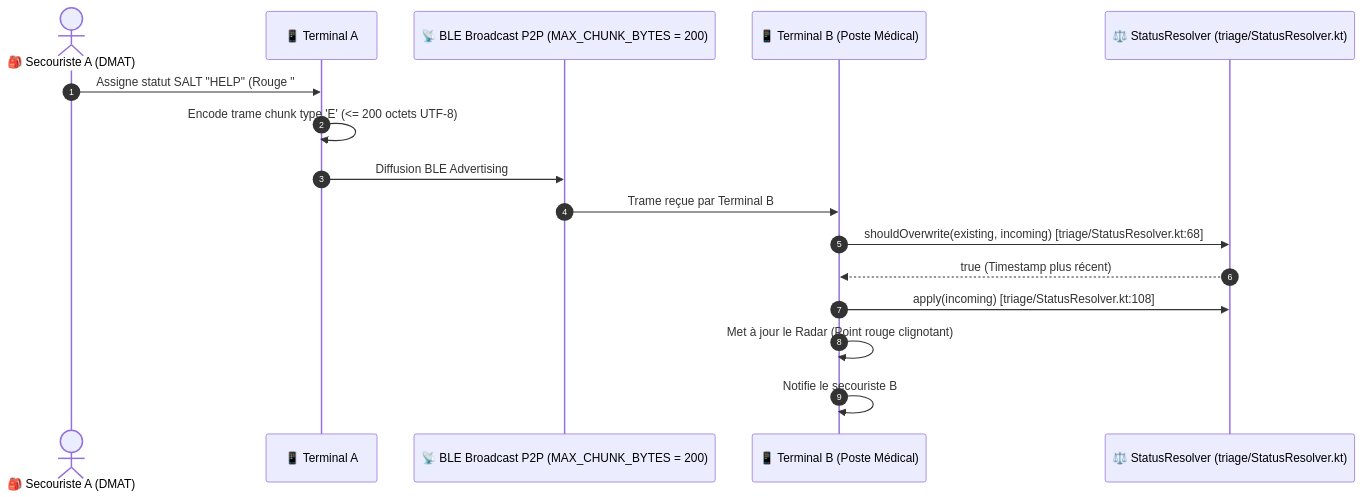
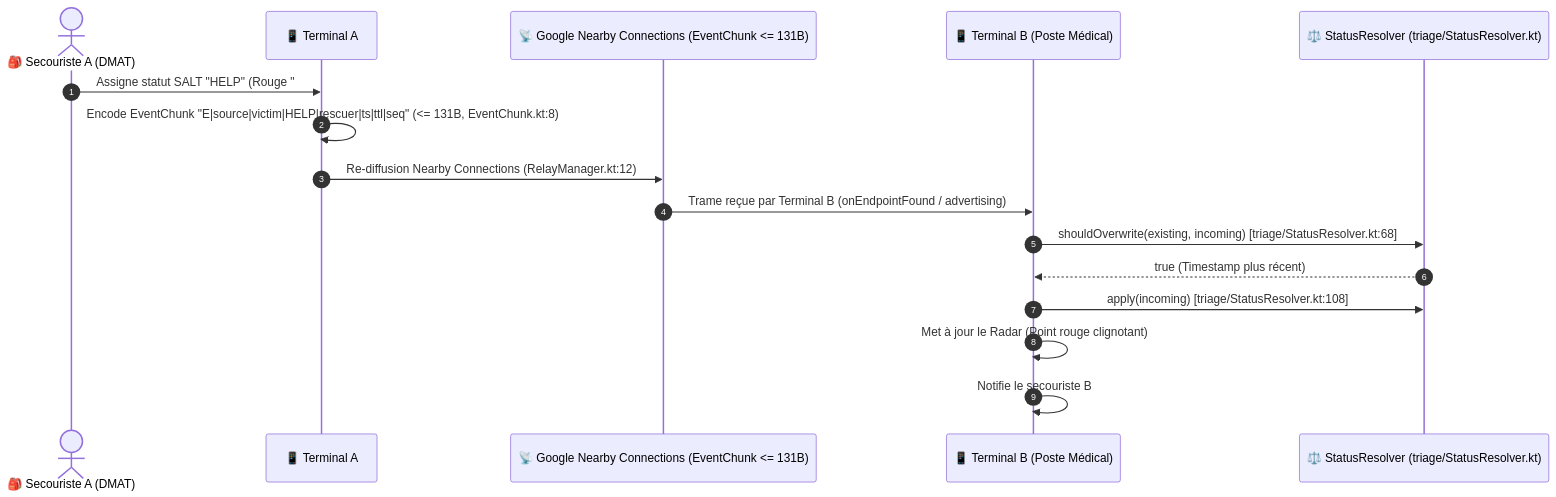
Before and after one commit to kurodohenroonsen/JemmaPass: diagram 16 of 21 in docs/DOCUMENTATION_UML_FONCTIONNELLE.md, drawn with Mermaid. The commit also changed other lines of this file and 1 other file, not shown here.

````diff
--- a/docs/DOCUMENTATION_UML_FONCTIONNELLE.md
+++ b/docs/DOCUMENTATION_UML_FONCTIONNELLE.md
@@ -741,19 +757,19 @@
 ```mermaid
 sequenceDiagram
     autonumber
     actor SecouristeA as 🎒 Secouriste A (DMAT)
     participant PhoneA as 📱 Terminal A
-    participant BLE as 📡 BLE Broadcast P2P (MAX_CHUNK_BYTES = 200)
+    participant Nearby as 📡 Google Nearby Connections (EventChunk <= 131B)
     participant PhoneB as 📱 Terminal B (Poste Médical)
     participant ResolverB as ⚖️ StatusResolver (triage/StatusResolver.kt)
 
     SecouristeA->>PhoneA: Assigne statut SALT "HELP" (Rouge "#F44336") pour Victime Haru
-    PhoneA->>PhoneA: Encode trame chunk type 'E' (<= 200 octets UTF-8)
-    PhoneA->>BLE: Diffusion BLE Advertising
-    BLE->>PhoneB: Trame reçue par Terminal B
+    PhoneA->>PhoneA: Encode EventChunk "E|source|victim|HELP|rescuer|ts|ttl|seq" (<= 131B, EventChunk.kt:8)
+    PhoneA->>Nearby: Re-diffusion Nearby Connections (RelayManager.kt:12)
+    Nearby->>PhoneB: Trame reçue par Terminal B (onEndpointFound / advertising)
     PhoneB->>ResolverB: shouldOverwrite(existing, incoming) [triage/StatusResolver.kt:68]
     ResolverB-->>PhoneB: true (Timestamp plus récent)
     PhoneB->>ResolverB: apply(incoming) [triage/StatusResolver.kt:108]
     PhoneB->>PhoneB: Met à jour le Radar (Point rouge clignotant)
     PhoneB->>PhoneB: Notifie le secouriste B
 ```
````
